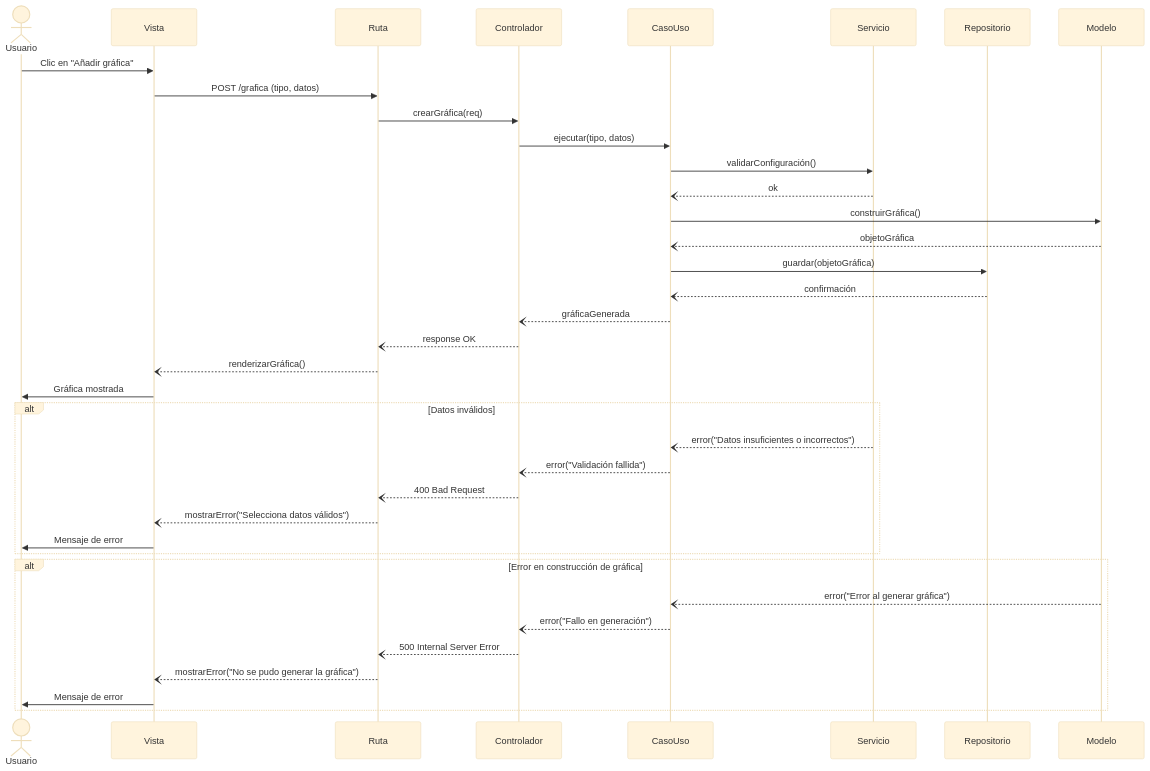
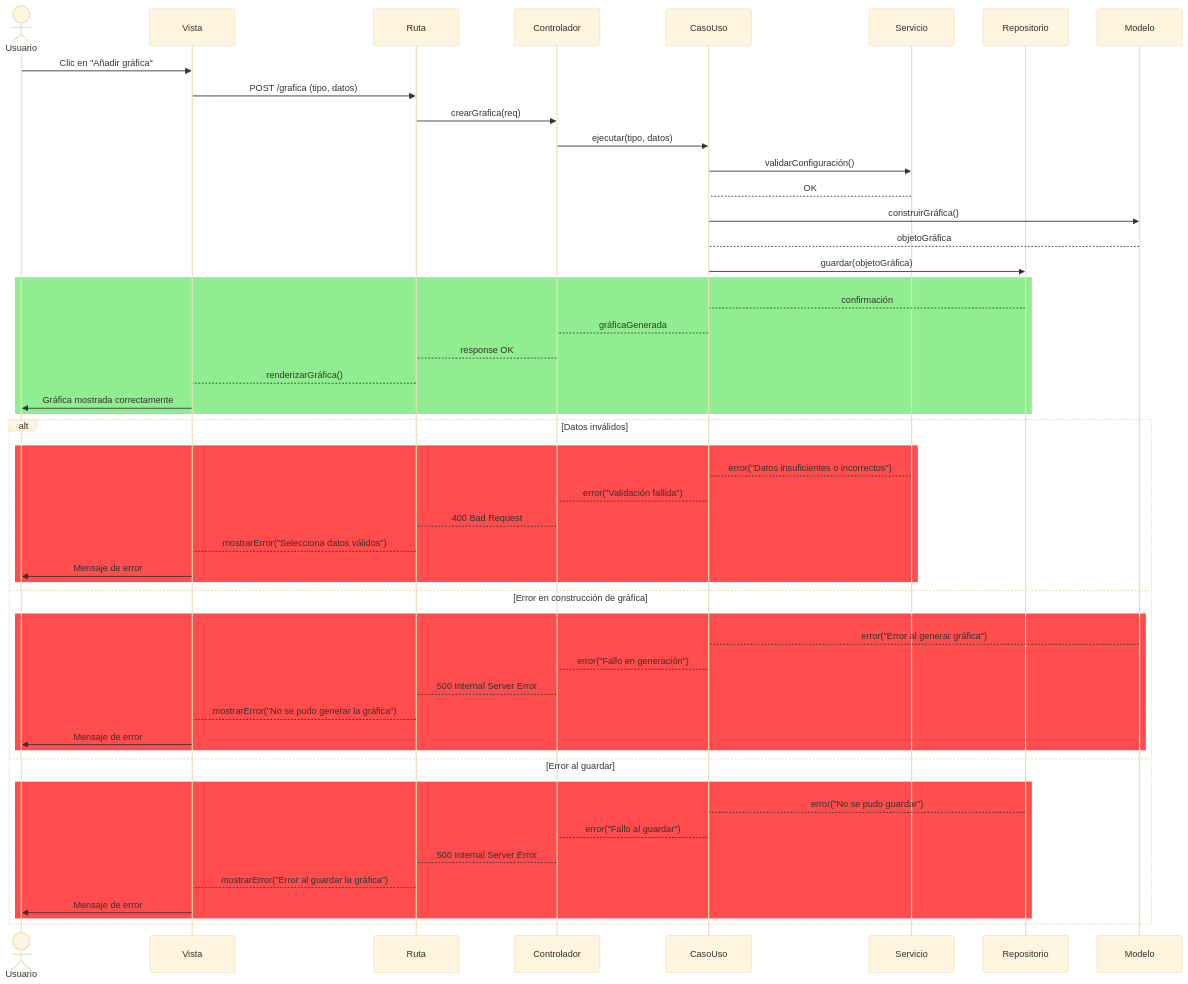
One commit to CodeAnd-Co/Documentacion changed the diagram in documentation/docs/proyectos/tractores/documentacion/requisitos/RF36.md. Above: the diagram before and after it, drawn with Mermaid (base theme). The commit also changed 1 other file, not shown here.

Commit message:
Cambios a proceso de auditorias internas, además de cambio de diagrama de secuencia de RF69 y RF 36 del proyecto Tractores

````diff
--- a/documentation/docs/proyectos/tractores/documentacion/requisitos/RF36.md
+++ b/documentation/docs/proyectos/tractores/documentacion/requisitos/RF36.md
@@ -23,44 +23,57 @@
 ```mermaid
 sequenceDiagram
     actor Usuario
     participant Vista
-    participant Ruta
+    participant Ruta 
     participant Controlador
     participant CasoUso
     participant Servicio
     participant Repositorio
     participant Modelo
 
     %% Flujo principal (caso exitoso)
     Usuario->>Vista: Clic en "Añadir gráfica"
     Vista->>Ruta: POST /grafica (tipo, datos)
-    Ruta->>Controlador: crearGráfica(req)
+    Ruta->>Controlador: crearGrafica(req)
     Controlador->>CasoUso: ejecutar(tipo, datos)
     CasoUso->>Servicio: validarConfiguración()
-    Servicio--)CasoUso: ok
+    Servicio-->CasoUso: OK
     CasoUso->>Modelo: construirGráfica()
-    Modelo--)CasoUso: objetoGráfica
+    Modelo-->CasoUso: objetoGráfica
     CasoUso->>Repositorio: guardar(objetoGráfica)
-    Repositorio--)CasoUso: confirmación
-    CasoUso--)Controlador: gráficaGenerada
-    Controlador--)Ruta: response OK
-    Ruta--)Vista: renderizarGráfica()
-    Vista->>Usuario: Gráfica mostrada
 
-    %% Flujos alternos (errores)
-    alt Datos inválidos
-        Servicio--)CasoUso: error("Datos insuficientes o incorrectos")
-        CasoUso--)Controlador: error("Validación fallida")
-        Controlador--)Ruta: 400 Bad Request
-        Ruta--)Vista: mostrarError("Selecciona datos válidos")
-        Vista->>Usuario: Mensaje de error
+    rect LightGreen
+        Repositorio-->CasoUso: confirmación
+        CasoUso-->Controlador: gráficaGenerada
+        Controlador-->Ruta: response OK
+        Ruta-->Vista: renderizarGráfica()
+        Vista->>Usuario: Gráfica mostrada correctamente
     end
 
-    alt Error en construcción de gráfica
-        Modelo--)CasoUso: error("Error al generar gráfica")
-        CasoUso--)Controlador: error("Fallo en generación")
-        Controlador--)Ruta: 500 Internal Server Error
-        Ruta--)Vista: mostrarError("No se pudo generar la gráfica")
-        Vista->>Usuario: Mensaje de error
+    %% Flujos alternos (errores al final)
+    alt Datos inválidos
+        rect rgb(255, 77, 77)
+            Servicio-->CasoUso: error("Datos insuficientes o incorrectos")
+            CasoUso-->Controlador: error("Validación fallida")
+            Controlador-->Ruta: 400 Bad Request
+            Ruta-->Vista: mostrarError("Selecciona datos válidos")
+            Vista->>Usuario: Mensaje de error
+        end
+    else Error en construcción de gráfica
+        rect rgb(255, 77, 77)
+            Modelo-->CasoUso: error("Error al generar gráfica")
+            CasoUso-->Controlador: error("Fallo en generación")
+            Controlador-->Ruta: 500 Internal Server Error
+            Ruta-->Vista: mostrarError("No se pudo generar la gráfica")
+            Vista->>Usuario: Mensaje de error
+        end
+    else Error al guardar
+        rect rgb(255, 77, 77)
+            Repositorio-->CasoUso: error("No se pudo guardar")
+            CasoUso-->Controlador: error("Fallo al guardar")
+            Controlador-->Ruta: 500 Internal Server Error
+            Ruta-->Vista: mostrarError("Error al guardar la gráfica")
+            Vista->>Usuario: Mensaje de error
+        end
     end
 ```
````
